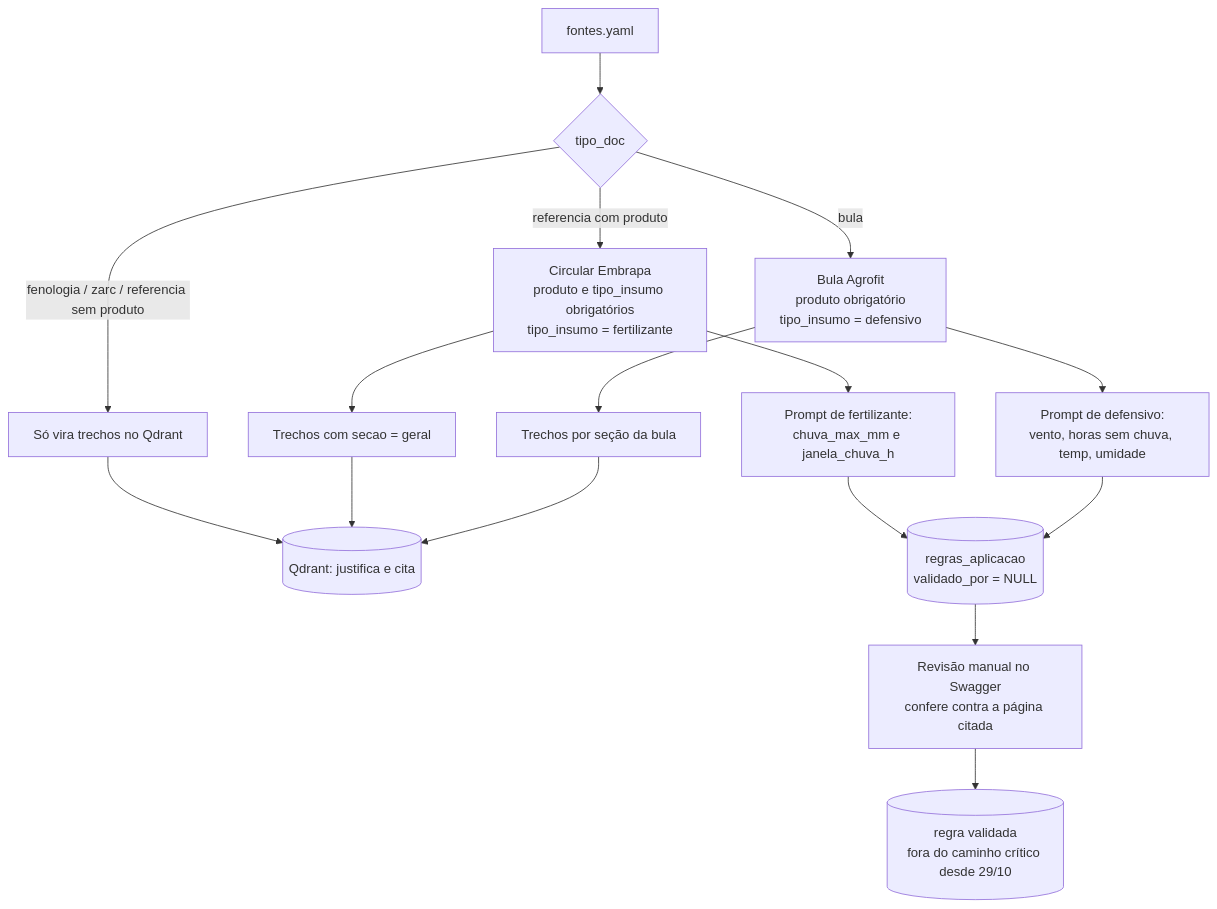
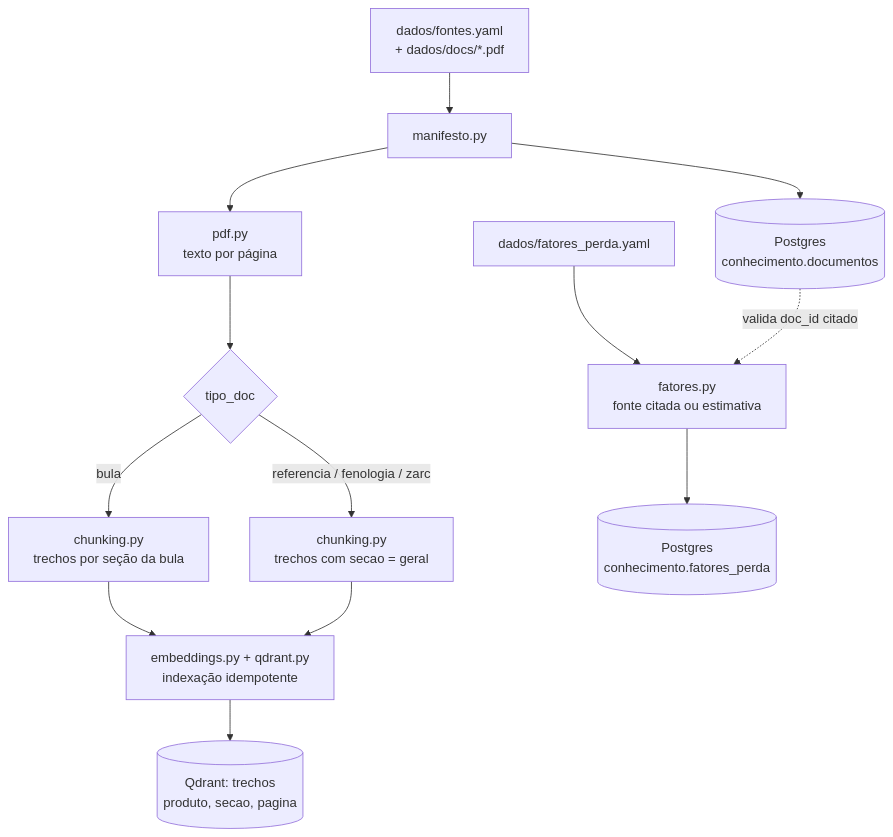
One commit to EdisonCintra/terra-mind changed the second of 3 diagrams in docs/plans/2026-10-28-conhecimento-e-clima.md. Above: the diagram before and after it, drawn with Mermaid. The commit also changed other lines of this file and 3 other files, not shown here.

````diff
--- a/docs/plans/2026-10-28-conhecimento-e-clima.md
+++ b/docs/plans/2026-10-28-conhecimento-e-clima.md
@@ -101,15 +101,14 @@
 ```mermaid
 flowchart TD
-    M[fontes.yaml] --> T{tipo_doc}
-    T -- bula --> B[Bula Agrofit<br/>produto obrigatório<br/>tipo_insumo = defensivo]
-    T -- referencia com produto --> E[Circular Embrapa<br/>produto e tipo_insumo obrigatórios<br/>tipo_insumo = fertilizante]
-    T -- fenologia / zarc / referencia sem produto --> G[Só vira trechos no Qdrant]
-    B --> CH1[Trechos por seção da bula]
-    E --> CH2[Trechos com secao = geral]
-    CH1 & CH2 & G --> Q[(Qdrant: justifica e cita)]
-    B --> X1[Prompt de defensivo:<br/>vento, horas sem chuva, temp, umidade]
-    E --> X2[Prompt de fertilizante:<br/>chuva_max_mm e janela_chuva_h]
-    X1 & X2 --> PEND[(regras_aplicacao<br/>validado_por = NULL)]
-    PEND --> REV[Revisão manual no Swagger<br/>confere contra a página citada]
-    REV --> OK[(regra validada<br/>fora do caminho crítico desde 29/10)]
+    M[dados/fontes.yaml<br/>+ dados/docs/*.pdf] --> MAN[manifesto.py]
+    MAN --> PDF[pdf.py<br/>texto por página]
+    PDF --> T{tipo_doc}
+    T -- bula --> CB[chunking.py<br/>trechos por seção da bula]
+    T -- referencia / fenologia / zarc --> CG[chunking.py<br/>trechos com secao = geral]
+    CB & CG --> EMB[embeddings.py + qdrant.py<br/>indexação idempotente]
+    EMB --> Q[(Qdrant: trechos<br/>produto, secao, pagina)]
+    MAN --> DOC[(Postgres<br/>conhecimento.documentos)]
+    FY[dados/fatores_perda.yaml] --> FAT[fatores.py<br/>fonte citada ou estimativa]
+    DOC -. valida doc_id citado .-> FAT
+    FAT --> FP[(Postgres<br/>conhecimento.fatores_perda)]
 ```
````
